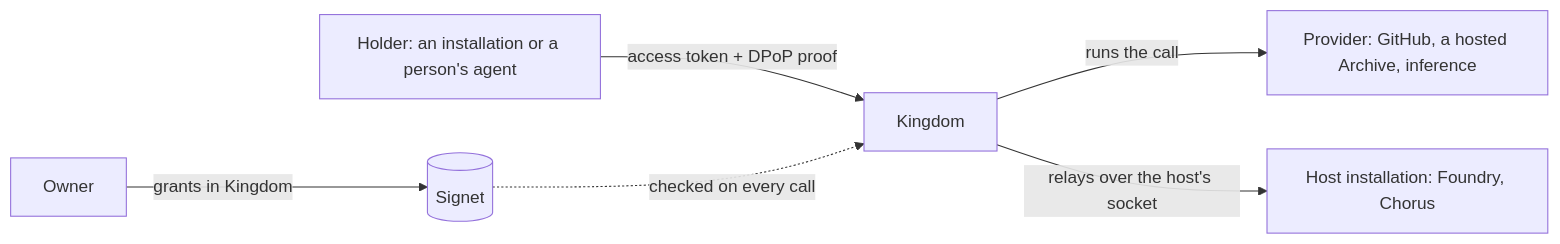
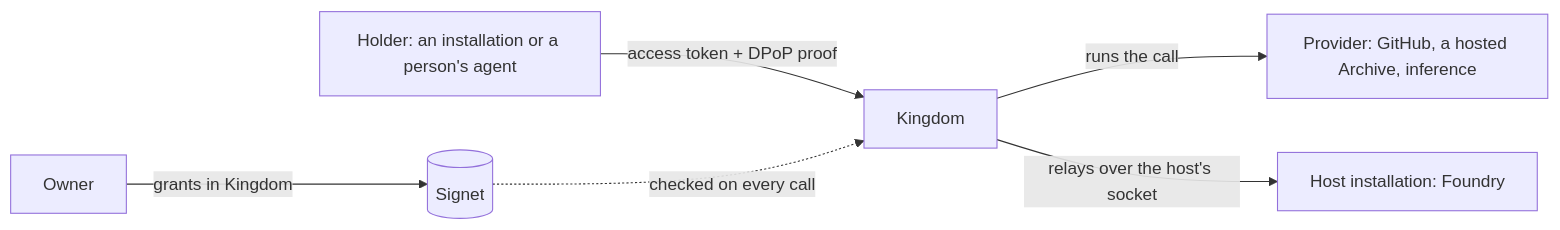
Before and after one commit to inixiative/signet: the diagram in README.md, drawn with Mermaid. The commit also changed other lines of this file and 5 other files, not shown here.

````diff
--- a/README.md
+++ b/README.md
@@ -20,8 +21,8 @@
 ```mermaid
 flowchart LR
   owner[Owner] -- grants in Kingdom --> signet[(Signet)]
   holder[Holder: an installation or a person's agent] -- access token + DPoP proof --> kingdom[Kingdom]
   signet -. checked on every call .-> kingdom
   kingdom -- runs the call --> provider[Provider: GitHub, a hosted Archive, inference]
-  kingdom -- relays over the host's socket --> host[Host installation: Foundry, Chorus]
+  kingdom -- relays over the host's socket --> host[Host installation: Foundry]
 ```
````
